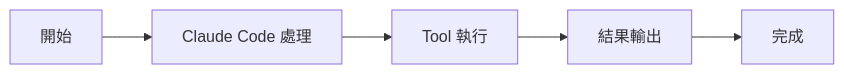
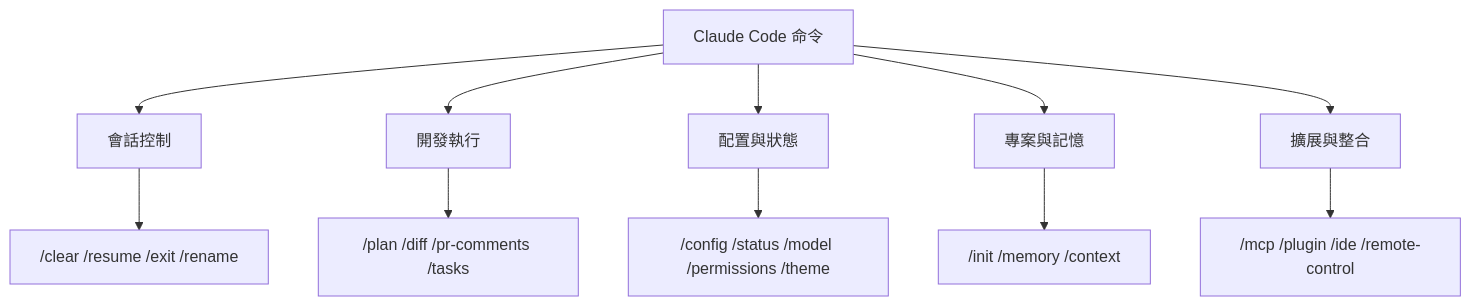
One commit to gemini960114/CC changed the first of 3 diagrams in 02_Claude_Code_常用命令.md. Above: the diagram before and after it, drawn with Mermaid. The commit also changed other lines of this file, not shown here.

````diff
--- a/02_Claude_Code_常用命令.md
+++ b/02_Claude_Code_常用命令.md
@@ -26,7 +26,13 @@
 ```mermaid
-flowchart LR
-    A[開始] --> B[Claude Code 處理]
-    B --> C[Tool 執行]
-    C --> D[結果輸出]
-    D --> E[完成]
+flowchart TD
+    ROOT[Claude Code 命令] --> A[會話控制]
+    ROOT --> B[開發執行]
+    ROOT --> C[配置與狀態]
+    ROOT --> D[專案與記憶]
+    ROOT --> E[擴展與整合]
+    A --> A1["/clear /resume /exit /rename"]
+    B --> B1["/plan /diff /pr-comments /tasks"]
+    C --> C1["/config /status /model /permissions /theme"]
+    D --> D1["/init /memory /context"]
+    E --> E1["/mcp /plugin /ide /remote-control"]
 ```
````
